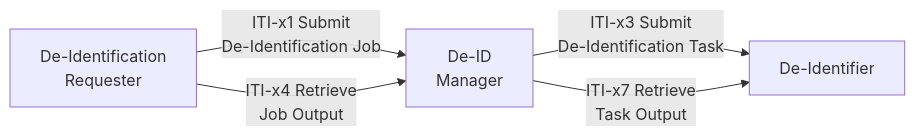
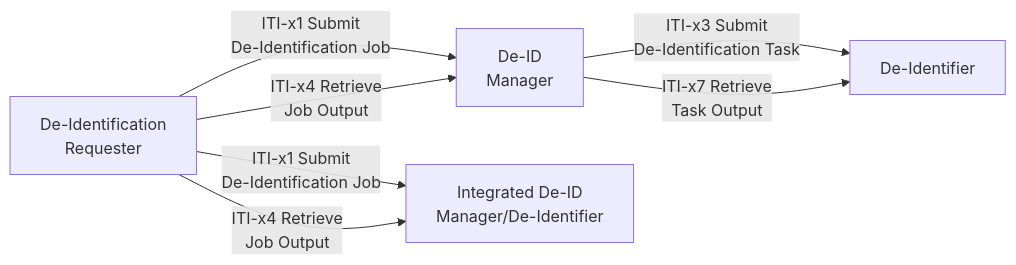
The first of 6 diagrams in input/pagecontent/volume-1.md (IHE/ITI.DIS), drawn with Mermaid before and after one commit. The commit also changed other lines of this file and 1 other file, not shown here.

First line of the commit message:
Add Integrated De-ID Manager/De-Identifier as fourth actor

````diff
--- a/input/pagecontent/volume-1.md
+++ b/input/pagecontent/volume-1.md
@@ -20,11 +20,14 @@
 ```mermaid
 graph LR
     REQ["De-Identification<br/>Requester"]
     MGR["De-ID<br/>Manager"]
     DI["De-Identifier"]
+    INT["Integrated De-ID<br/>Manager/De-Identifier"]
 
     REQ -- "ITI-x1 Submit<br/>De-Identification Job" --> MGR
     REQ -- "ITI-x4 Retrieve<br/>Job Output" --> MGR
     MGR -- "ITI-x3 Submit<br/>De-Identification Task" --> DI
     MGR -- "ITI-x7 Retrieve<br/>Task Output" --> DI
+    REQ -- "ITI-x1 Submit<br/>De-Identification Job" --> INT
+    REQ -- "ITI-x4 Retrieve<br/>Job Output" --> INT
 ```
````
